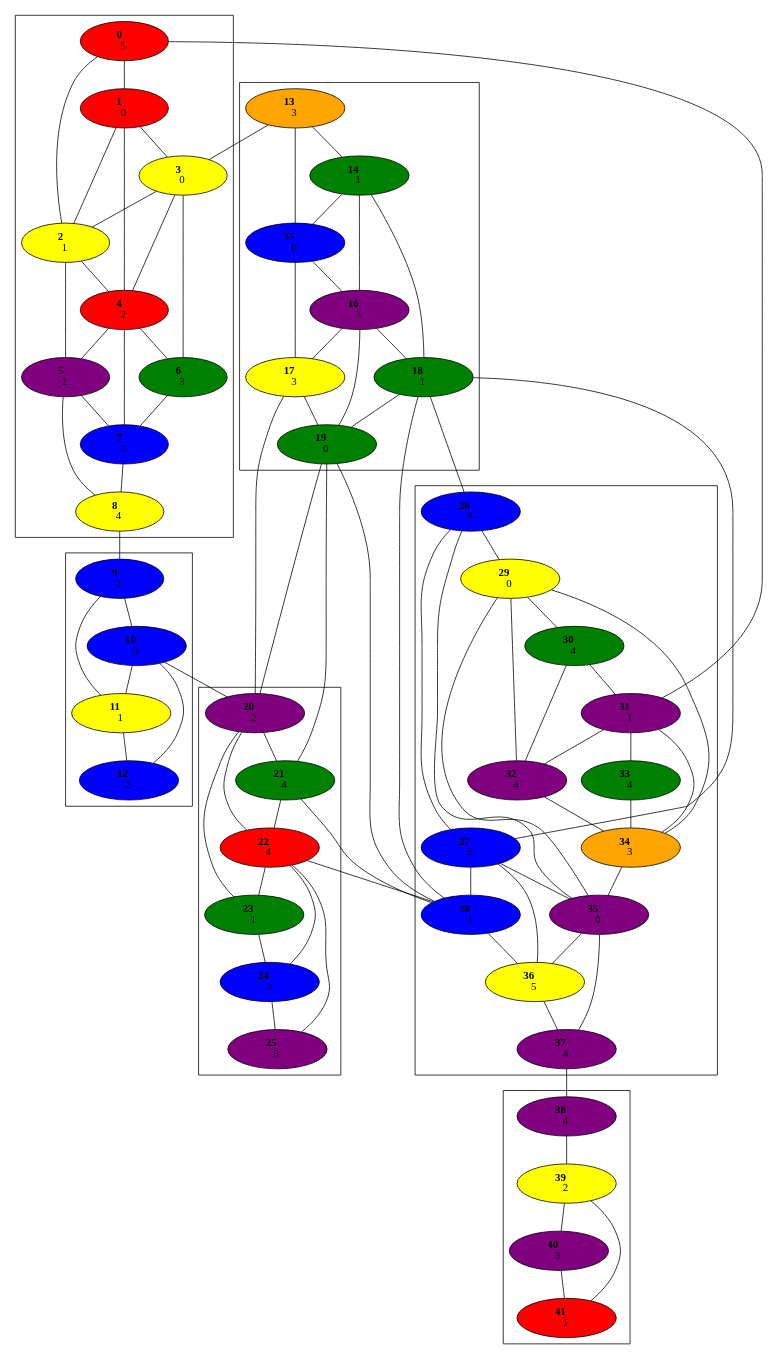
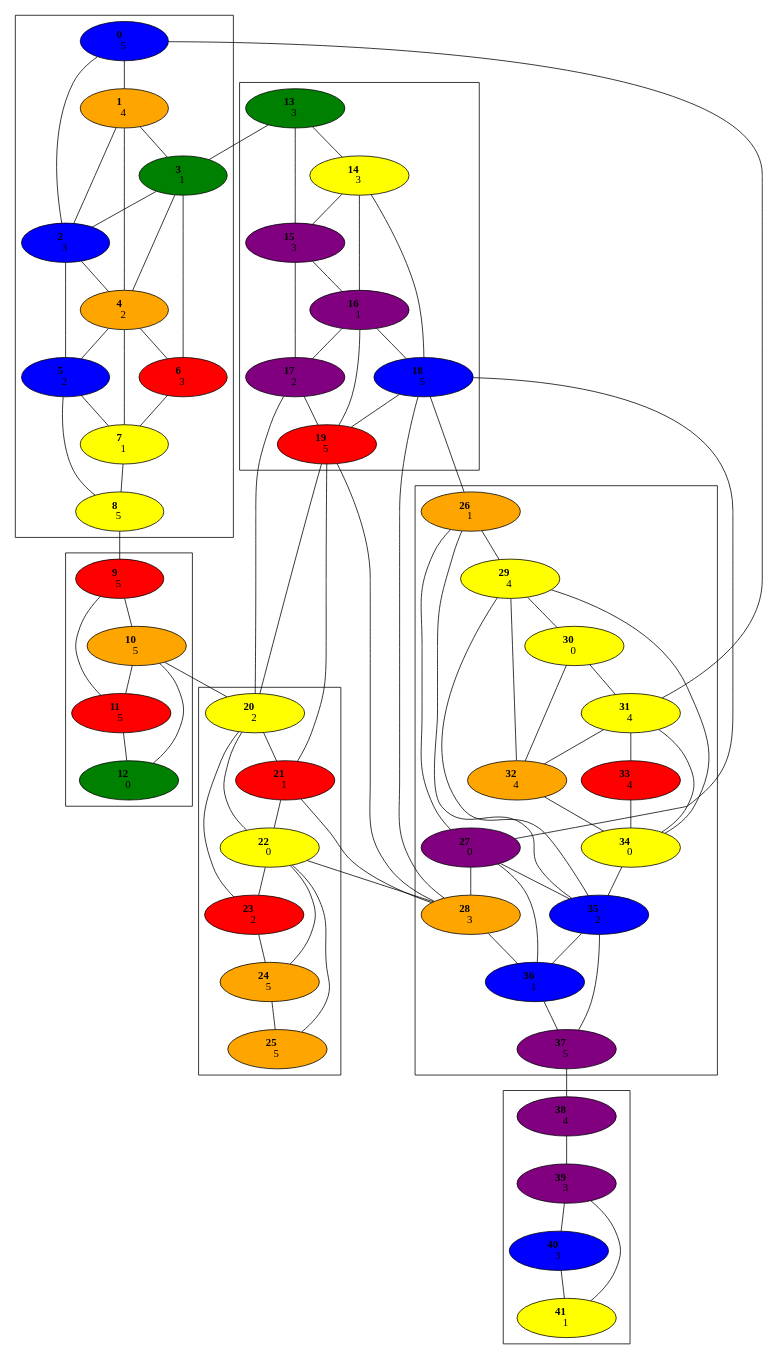
The diagram in Graph.gv (jsf2408/Risk), drawn with Graphviz before and after one commit.

```diff
--- a/Graph.gv
+++ b/Graph.gv
@@ -136,88 +136,88 @@
 	39 -- 40
 	39 -- 41
 	40 -- 41
-	0 [fillcolor=red style=filled]
-	1 [fillcolor=red style=filled]
-	2 [fillcolor=yellow style=filled]
-	3 [fillcolor=yellow style=filled]
-	4 [fillcolor=red style=filled]
-	5 [fillcolor=purple style=filled]
-	6 [fillcolor=green style=filled]
-	7 [fillcolor=blue style=filled]
+	0 [fillcolor=blue style=filled]
+	1 [fillcolor=orange style=filled]
+	2 [fillcolor=blue style=filled]
+	3 [fillcolor=green style=filled]
+	4 [fillcolor=orange style=filled]
+	5 [fillcolor=blue style=filled]
+	6 [fillcolor=red style=filled]
+	7 [fillcolor=yellow style=filled]
 	8 [fillcolor=yellow style=filled]
-	9 [fillcolor=blue style=filled]
-	10 [fillcolor=blue style=filled]
-	11 [fillcolor=yellow style=filled]
-	12 [fillcolor=blue style=filled]
-	13 [fillcolor=orange style=filled]
-	14 [fillcolor=green style=filled]
-	15 [fillcolor=blue style=filled]
+	9 [fillcolor=red style=filled]
+	10 [fillcolor=orange style=filled]
+	11 [fillcolor=red style=filled]
+	12 [fillcolor=green style=filled]
+	13 [fillcolor=green style=filled]
+	14 [fillcolor=yellow style=filled]
+	15 [fillcolor=purple style=filled]
 	16 [fillcolor=purple style=filled]
-	17 [fillcolor=yellow style=filled]
-	18 [fillcolor=green style=filled]
-	19 [fillcolor=green style=filled]
-	20 [fillcolor=purple style=filled]
-	21 [fillcolor=green style=filled]
-	22 [fillcolor=red style=filled]
-	23 [fillcolor=green style=filled]
-	24 [fillcolor=blue style=filled]
-	25 [fillcolor=purple style=filled]
-	26 [fillcolor=blue style=filled]
-	27 [fillcolor=blue style=filled]
-	28 [fillcolor=blue style=filled]
+	17 [fillcolor=purple style=filled]
+	18 [fillcolor=blue style=filled]
+	19 [fillcolor=red style=filled]
+	20 [fillcolor=yellow style=filled]
+	21 [fillcolor=red style=filled]
+	22 [fillcolor=yellow style=filled]
+	23 [fillcolor=red style=filled]
+	24 [fillcolor=orange style=filled]
+	25 [fillcolor=orange style=filled]
+	26 [fillcolor=orange style=filled]
+	27 [fillcolor=purple style=filled]
+	28 [fillcolor=orange style=filled]
 	29 [fillcolor=yellow style=filled]
-	30 [fillcolor=green style=filled]
-	31 [fillcolor=purple style=filled]
-	32 [fillcolor=purple style=filled]
-	33 [fillcolor=green style=filled]
-	34 [fillcolor=orange style=filled]
-	35 [fillcolor=purple style=filled]
-	36 [fillcolor=yellow style=filled]
+	30 [fillcolor=yellow style=filled]
+	31 [fillcolor=yellow style=filled]
+	32 [fillcolor=orange style=filled]
+	33 [fillcolor=red style=filled]
+	34 [fillcolor=yellow style=filled]
+	35 [fillcolor=blue style=filled]
+	36 [fillcolor=blue style=filled]
 	37 [fillcolor=purple style=filled]
 	38 [fillcolor=purple style=filled]
-	39 [fillcolor=yellow style=filled]
-	40 [fillcolor=purple style=filled]
-	41 [fillcolor=red style=filled]
+	39 [fillcolor=purple style=filled]
+	40 [fillcolor=blue style=filled]
+	41 [fillcolor=yellow style=filled]
 	0 [label=< <b>      0    </b> <br/>5>]
-	1 [label=< <b>      1    </b> <br/>0>]
-	2 [label=< <b>      2    </b> <br/>1>]
-	3 [label=< <b>      3    </b> <br/>0>]
+	1 [label=< <b>      1    </b> <br/>4>]
+	2 [label=< <b>      2    </b> <br/>3>]
+	3 [label=< <b>      3    </b> <br/>1>]
 	4 [label=< <b>      4    </b> <br/>2>]
 	5 [label=< <b>      5    </b> <br/>2>]
 	6 [label=< <b>      6    </b> <br/>3>]
-	7 [label=< <b>      7    </b> <br/>3>]
-	8 [label=< <b>      8    </b> <br/>4>]
-	9 [label=< <b>      9    </b> <br/>2>]
-	10 [label=< <b>      10    </b> <br/>3>]
-	11 [label=< <b>      11    </b> <br/>1>]
-	12 [label=< <b>      12    </b> <br/>2>]
+	7 [label=< <b>      7    </b> <br/>1>]
+	8 [label=< <b>      8    </b> <br/>5>]
+	9 [label=< <b>      9    </b> <br/>5>]
+	10 [label=< <b>      10    </b> <br/>5>]
+	11 [label=< <b>      11    </b> <br/>5>]
+	12 [label=< <b>      12    </b> <br/>0>]
 	13 [label=< <b>      13    </b> <br/>3>]
-	14 [label=< <b>      14    </b> <br/>1>]
-	15 [label=< <b>      15    </b> <br/>0>]
-	16 [label=< <b>      16    </b> <br/>3>]
-	17 [label=< <b>      17    </b> <br/>3>]
-	18 [label=< <b>      18    </b> <br/>1>]
-	19 [label=< <b>      19    </b> <br/>0>]
+	14 [label=< <b>      14    </b> <br/>3>]
+	15 [label=< <b>      15    </b> <br/>3>]
+	16 [label=< <b>      16    </b> <br/>1>]
+	17 [label=< <b>      17    </b> <br/>2>]
+	18 [label=< <b>      18    </b> <br/>5>]
+	19 [label=< <b>      19    </b> <br/>5>]
 	20 [label=< <b>      20    </b> <br/>2>]
-	21 [label=< <b>      21    </b> <br/>4>]
-	22 [label=< <b>      22    </b> <br/>4>]
-	23 [label=< <b>      23    </b> <br/>1>]
-	24 [label=< <b>      24    </b> <br/>3>]
+	21 [label=< <b>      21    </b> <br/>1>]
+	22 [label=< <b>      22    </b> <br/>0>]
+	23 [label=< <b>      23    </b> <br/>2>]
+	24 [label=< <b>      24    </b> <br/>5>]
 	25 [label=< <b>      25    </b> <br/>5>]
-	26 [label=< <b>      26    </b> <br/>4>]
-	27 [label=< <b>      27    </b> <br/>5>]
-	28 [label=< <b>      28    </b> <br/>1>]
-	29 [label=< <b>      29    </b> <br/>0>]
-	30 [label=< <b>      30    </b> <br/>4>]
-	31 [label=< <b>      31    </b> <br/>1>]
+	26 [label=< <b>      26    </b> <br/>1>]
+	27 [label=< <b>      27    </b> <br/>0>]
+	28 [label=< <b>      28    </b> <br/>3>]
+	29 [label=< <b>      29    </b> <br/>4>]
+	30 [label=< <b>      30    </b> <br/>0>]
+	31 [label=< <b>      31    </b> <br/>4>]
 	32 [label=< <b>      32    </b> <br/>4>]
 	33 [label=< <b>      33    </b> <br/>4>]
-	34 [label=< <b>      34    </b> <br/>3>]
-	35 [label=< <b>      35    </b> <br/>0>]
-	36 [label=< <b>      36    </b> <br/>5>]
-	37 [label=< <b>      37    </b> <br/>4>]
+	34 [label=< <b>      34    </b> <br/>0>]
+	35 [label=< <b>      35    </b> <br/>2>]
+	36 [label=< <b>      36    </b> <br/>1>]
+	37 [label=< <b>      37    </b> <br/>5>]
 	38 [label=< <b>      38    </b> <br/>4>]
-	39 [label=< <b>      39    </b> <br/>2>]
+	39 [label=< <b>      39    </b> <br/>3>]
 	40 [label=< <b>      40    </b> <br/>3>]
 	41 [label=< <b>      41    </b> <br/>1>]
 }
```
